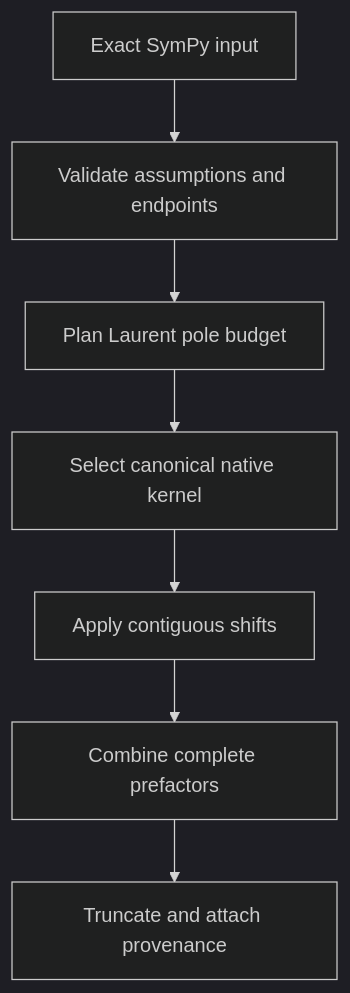
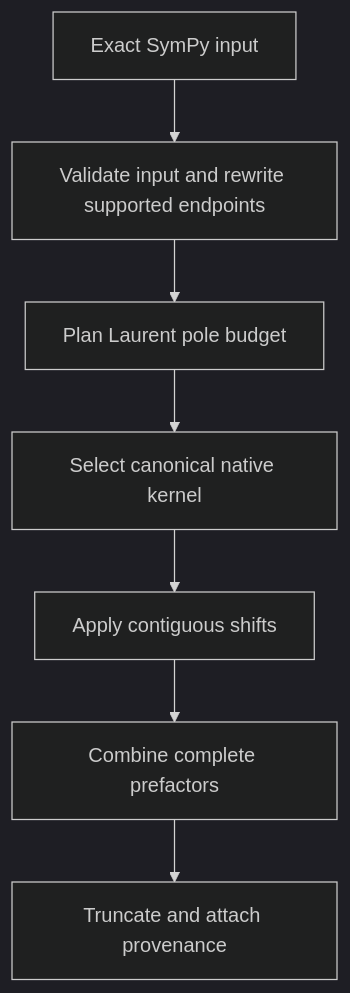
Before and after one commit to lalmei/hypra: the diagram in docs/architecture.md, drawn with Mermaid (dark theme). The commit also changed other lines of this file and 10 other files, not shown here.

````diff
--- a/docs/architecture.md
+++ b/docs/architecture.md
@@ -3,9 +3,9 @@
 ```mermaid
 flowchart TD
-    A[Exact SymPy input] --> B[Validate assumptions and endpoints]
+    A[Exact SymPy input] --> B[Validate input and rewrite supported endpoints]
     B --> C[Plan Laurent pole budget]
     C --> D[Select canonical native kernel]
     D --> E[Apply contiguous shifts]
     E --> F[Combine complete prefactors]
     F --> G[Truncate and attach provenance]
 ```
````
